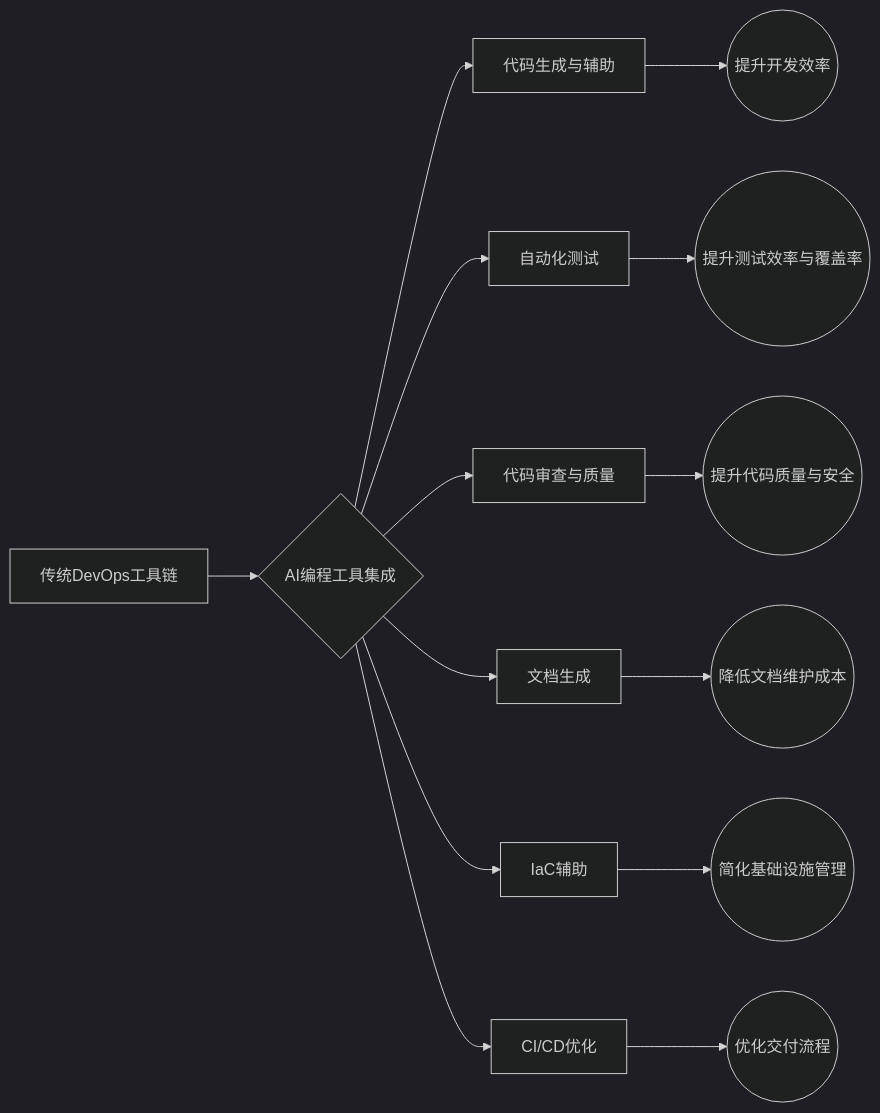
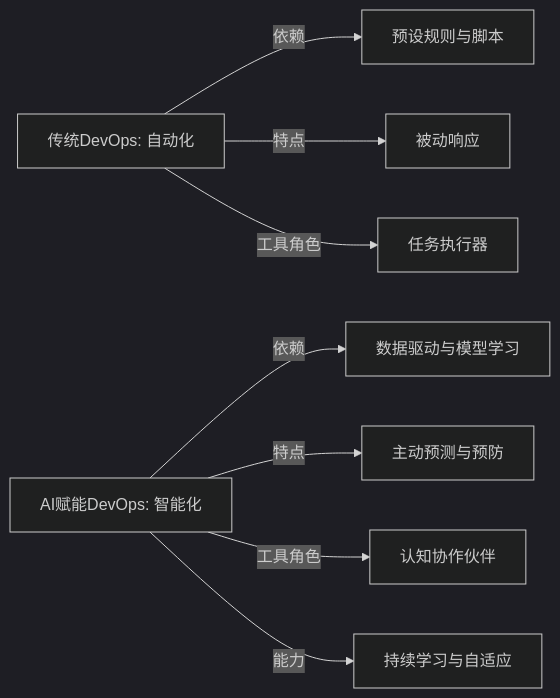
Before and after one commit to ethan-jiang-1/ai_study_devops: the first of 4 diagrams in EXPLORE_DEVOPS/result_ppt/DevOps_AI_Report_Simplified_Slides.md, drawn with Mermaid (dark theme). The commit also changed other lines of this file, not shown here.

````diff
--- a/EXPLORE_DEVOPS/result_ppt/DevOps_AI_Report_Simplified_Slides.md
+++ b/EXPLORE_DEVOPS/result_ppt/DevOps_AI_Report_Simplified_Slides.md
@@ -34,16 +47,10 @@
 ```mermaid
 graph LR
-    A[传统DevOps工具链] --> B{AI编程工具集成};
-    B --> C[代码生成与辅助];
-    B --> D[自动化测试];
-    B --> E[代码审查与质量];
-    B --> F[文档生成];
-    B --> G[IaC辅助];
-    B --> H[CI/CD优化];
-    C --> I((提升开发效率));
-    D --> J((提升测试效率与覆盖率));
-    E --> K((提升代码质量与安全));
-    F --> L((降低文档维护成本));
-    G --> M((简化基础设施管理));
-    H --> N((优化交付流程));
+    A[传统DevOps: 自动化] -- 依赖 --> B[预设规则与脚本];
+    A -- 特点 --> C[被动响应];
+    A -- 工具角色 --> D[任务执行器];
+    E[AI赋能DevOps: 智能化] -- 依赖 --> F[数据驱动与模型学习];
+    E -- 特点 --> G[主动预测与预防];
+    E -- 工具角色 --> H[认知协作伙伴];
+    E -- 能力 --> I[持续学习与自适应];
 ```
````
